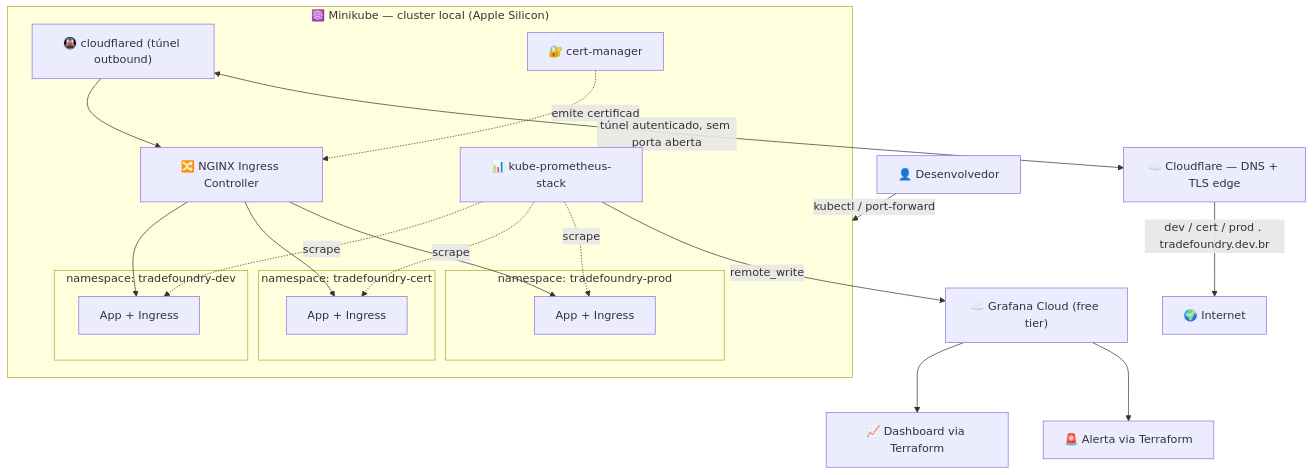
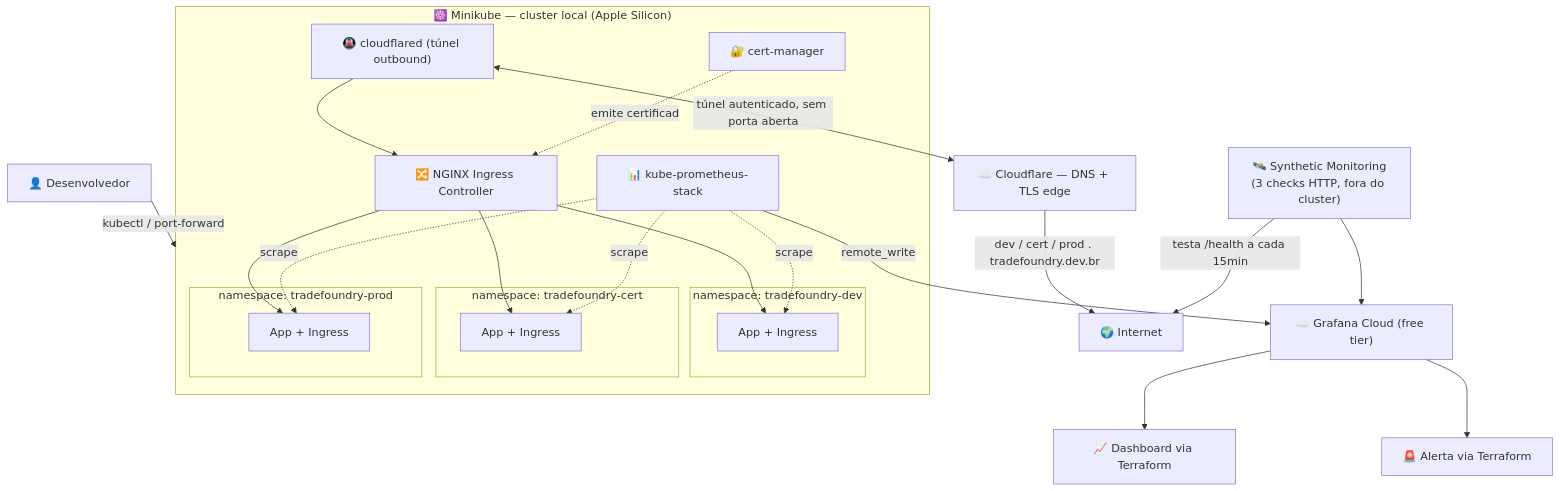
The second of 2 diagrams in README.md (iamtexwiller/TradeFoundry), drawn with Mermaid before and after one commit. The commit also changed other lines of this file and 15 other files, not shown here.

First line of the commit message:
Adiciona Synthetic Monitoring; corrige roteamento de Host no Ingress; simplifica health check para JSON; filtra métricas de memória/restarts

````diff
--- a/README.md
+++ b/README.md
@@ -81,36 +81,40 @@
 ```mermaid
 flowchart TD
     subgraph MK["☸️ Minikube — cluster local (Apple Silicon)"]
         subgraph NS1["namespace: tradefoundry-dev"]
             APP1["App + Ingress"]
         end
         subgraph NS2["namespace: tradefoundry-cert"]
             APP2["App + Ingress"]
         end
         subgraph NS3["namespace: tradefoundry-prod"]
             APP3["App + Ingress"]
         end
         ING["🔀 NGINX Ingress Controller"]
         CFD["🚇 cloudflared (túnel outbound)"]
         CM["🔐 cert-manager"]
         PROM["📊 kube-prometheus-stack"]
         ING --> APP1
         ING --> APP2
         ING --> APP3
         CFD --> ING
         CM -.emite certificado.-> ING
         PROM -.scrape.-> APP1
         PROM -.scrape.-> APP2
         PROM -.scrape.-> APP3
     end
 
     CF["☁️ Cloudflare — DNS + TLS edge"]
     CFD <-->|túnel autenticado, sem porta aberta| CF
     CF -->|dev / cert / prod . tradefoundry.dev.br| INT["🌍 Internet"]
 
     PROM -->|remote_write| GC["☁️ Grafana Cloud (free tier)"]
     GC --> DASH["📈 Dashboard via Terraform"]
     GC --> ALERT["🚨 Alerta via Terraform"]
 
+    SM["🛰️ Synthetic Monitoring<br/>(3 checks HTTP, fora do cluster)"]
+    SM -->|testa /health a cada 15min| INT
+    SM --> GC
+
     DEV["👤 Desenvolvedor"] -->|kubectl / port-forward| MK
 ```
````
